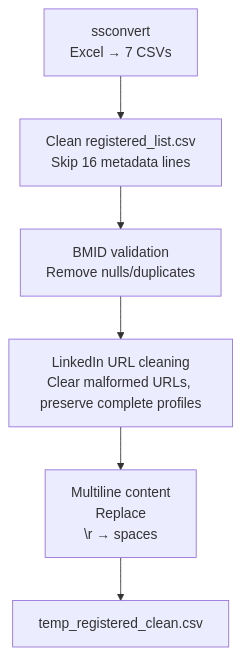
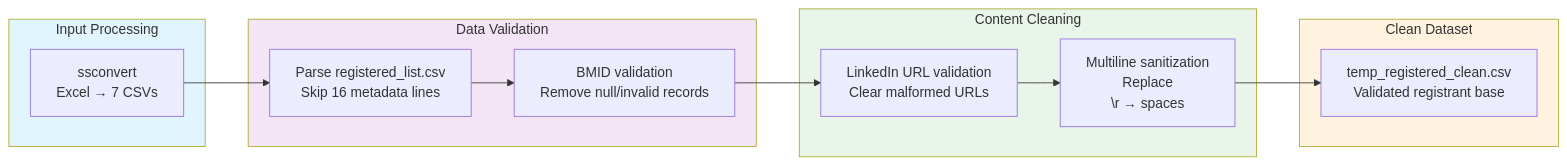
The second of 3 diagrams in README.md (frankterpo/clay_gtm), drawn with Mermaid before and after one commit.

First paragraph of the commit message:
🎨 REFACTORED DATA CLEANING WORKFLOW - Professional LR Diagram
PROBLEM:
- Basic LR flowchart was functional but not visually appealing
- Lacked organization and professional presentation
- Could be more readable and structured

````diff
--- a/README.md
+++ b/README.md
@@ -46,8 +46,27 @@
 ```mermaid
-flowchart TD
-    A[ssconvert<br/>Excel → 7 CSVs] --> B[Clean registered_list.csv<br/>Skip 16 metadata lines]
-    B --> C[BMID validation<br/>Remove nulls/duplicates]
-    C --> D[LinkedIn URL cleaning<br/>Clear malformed URLs, preserve complete profiles]
-    D --> E[Multiline content<br/>Replace \n\r → spaces]
-    E --> F[temp_registered_clean.csv]
+flowchart LR
+    subgraph Input["Input Processing"]
+        A[ssconvert<br/>Excel → 7 CSVs]
+    end
+
+    subgraph Validation["Data Validation"]
+        B[Parse registered_list.csv<br/>Skip 16 metadata lines]
+        C[BMID validation<br/>Remove null/invalid records]
+    end
+
+    subgraph Cleaning["Content Cleaning"]
+        D[LinkedIn URL validation<br/>Clear malformed URLs]
+        E[Multiline sanitization<br/>Replace \n\r → spaces]
+    end
+
+    subgraph Output["Clean Dataset"]
+        F[temp_registered_clean.csv<br/>Validated registrant base]
+    end
+
+    A --> B --> C --> D --> E --> F
+
+    style Input fill:#e1f5fe
+    style Validation fill:#f3e5f5
+    style Cleaning fill:#e8f5e8
+    style Output fill:#fff3e0
 ```
````
